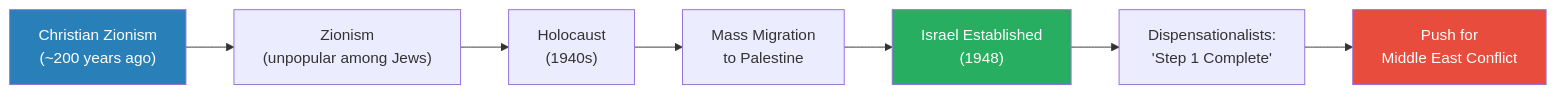
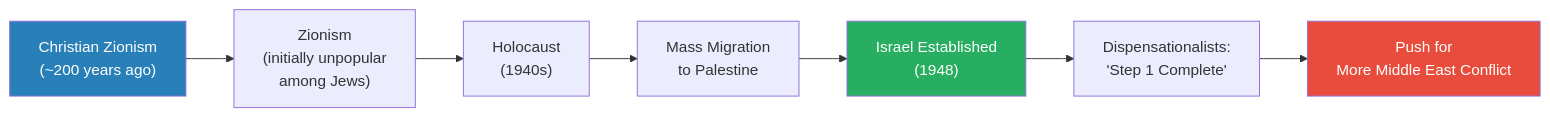
One commit to alius33/reader changed the seventh of 9 diagrams in summaries/Lectures/Geo-Strategy/02 - Christian Zionism and the Middle East Conflict.md. Above: the diagram before and after it, drawn with Mermaid. The commit also changed other lines of this file and 26 other files, not shown here.

````diff
--- a/summaries/Lectures/Geo-Strategy/02 - Christian Zionism and the Middle East Conflict.md
+++ b/summaries/Lectures/Geo-Strategy/02 - Christian Zionism and the Middle East Conflict.md
@@ -337,12 +347,12 @@
 ```mermaid
 flowchart LR
-    A["Christian Zionism<br/>(~200 years ago)"] --> B["Zionism<br/>(unpopular among Jews)"]
+    A["Christian Zionism<br/>(~200 years ago)"] --> B["Zionism<br/>(initially unpopular<br/>among Jews)"]
     B --> C["Holocaust<br/>(1940s)"]
     C --> D["Mass Migration<br/>to Palestine"]
     D --> E["Israel Established<br/>(1948)"]
     E --> F["Dispensationalists:<br/>'Step 1 Complete'"]
-    F --> G["Push for<br/>Middle East Conflict"]
+    F --> G["Push for<br/>More Middle East Conflict"]
     style A fill:#2980b9,color:#fff
     style E fill:#27ae60,color:#fff
     style G fill:#e74c3c,color:#fff
 ```
````
